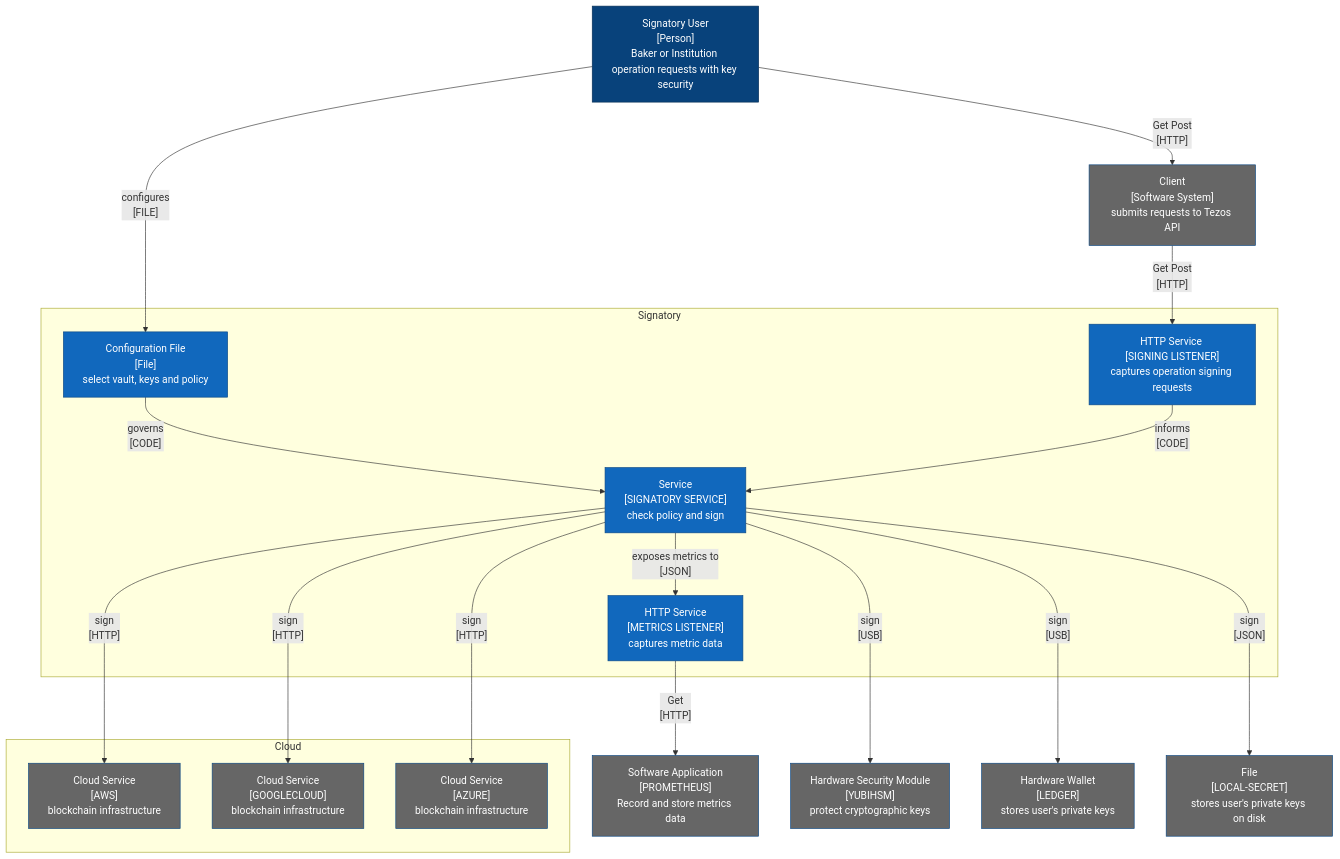
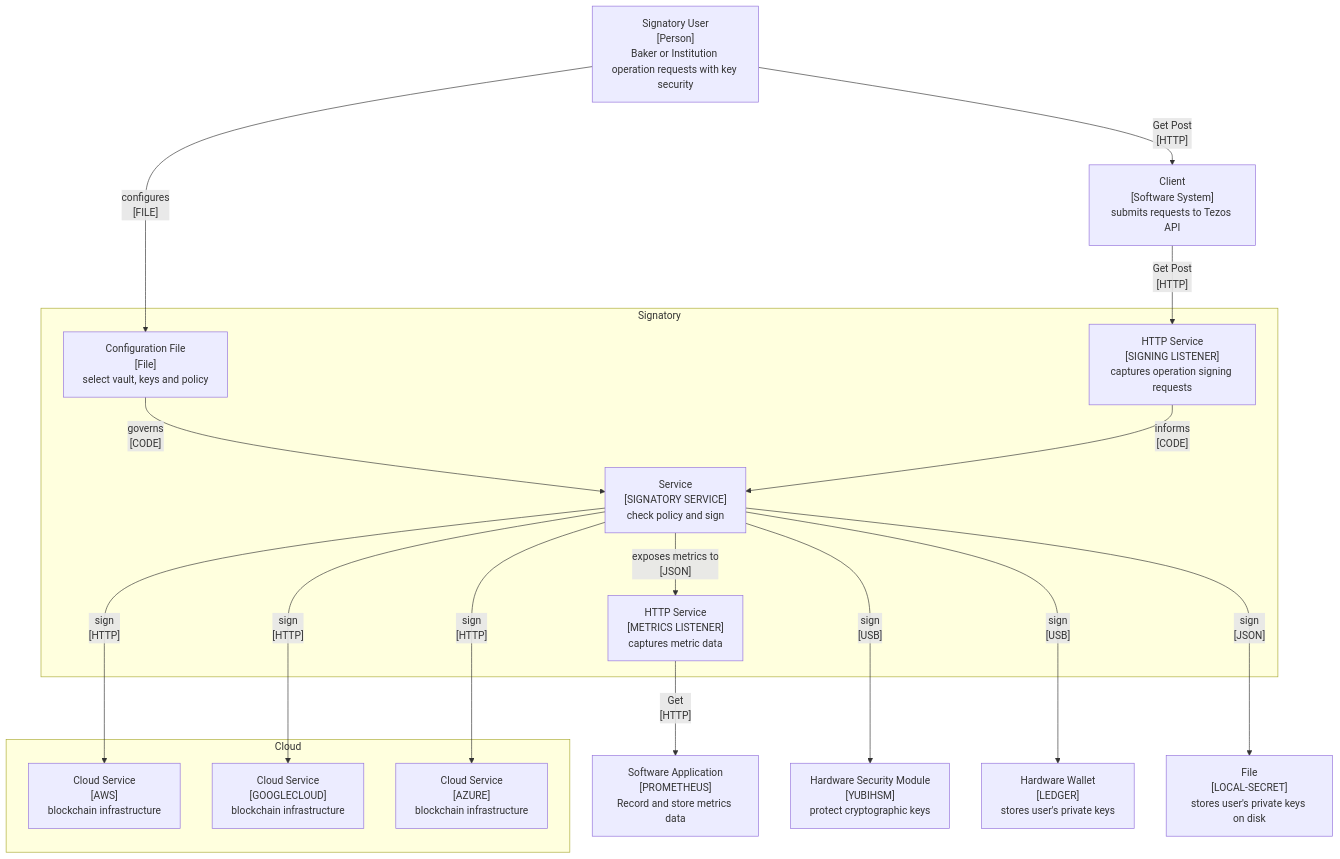
The second of 5 diagrams in docs/signatory-architecture.md (ecadlabs/signatory), drawn with Mermaid before and after one commit. The commit also changed other lines of this file and 7 other files, not shown here.

First line of the commit message:
feat: Upgrade Docusaurus to v3.8.1 and fix Mermaid compatibility

````diff
--- a/docs/signatory-architecture.md
+++ b/docs/signatory-architecture.md
@@ -54,56 +40,30 @@
 ```mermaid
 flowchart TD
-User["Signatory User
-[Person]
-Baker or Institution operation requests with key security"]
+User["Signatory User<br>[Person]<br>Baker or Institution operation requests with key security"]
 
-CFG["Configuration File
-[File]
-select vault, keys and policy"]
+CFG["Configuration File<br>[File]<br>select vault, keys and policy"]
 
-OC["Client
-[Software System]
-submits requests to Tezos API"]
+OC["Client<br>[Software System]<br>submits requests to Tezos API"]
 
-P["Software Application
-[PROMETHEUS]
-Record and store metrics data"]
+P["Software Application<br>[PROMETHEUS]<br>Record and store metrics data"]
 
-SL["HTTP Service 
-[SIGNING LISTENER]
-captures operation signing requests"]
+SL["HTTP Service<br>[SIGNING LISTENER]<br>captures operation signing requests"]
 
-ML["HTTP Service 
-[METRICS LISTENER]
-captures metric data"]
+ML["HTTP Service<br>[METRICS LISTENER]<br>captures metric data"]
 
-SIG["Service 
-[SIGNATORY SERVICE]
-check policy and sign"]
+SIG["Service<br>[SIGNATORY SERVICE]<br>check policy and sign"]
 
-Y["Hardware Security Module
-[YUBIHSM]
-protect cryptographic keys"]
+Y["Hardware Security Module<br>[YUBIHSM]<br>protect cryptographic keys"]
 
-L["Hardware Wallet
-[LEDGER]
-stores user's private keys"]
+L["Hardware Wallet<br>[LEDGER]<br>stores user's private keys"]
 
-LS["File
-[LOCAL-SECRET]
-stores user's private keys on disk"]
+LS["File<br>[LOCAL-SECRET]<br>stores user's private keys on disk"]
 
-AWS["Cloud Service 
-[AWS]
-blockchain infrastructure"]
+AWS["Cloud Service<br>[AWS]<br>blockchain infrastructure"]
 
-G["Cloud Service
-[GOOGLECLOUD]
-blockchain infrastructure"]
+G["Cloud Service<br>[GOOGLECLOUD]<br>blockchain infrastructure"]
 
-A["Cloud Service
-[AZURE]
-blockchain infrastructure"]
+A["Cloud Service<br>[AZURE]<br>blockchain infrastructure"]
 
 
 User-- "Get Post <br>[HTTP]"-->OC
@@ -128,12 +88,6 @@
 end
 
 
-classDef container fill:#1168bd,stroke:#0b4884,color:#ffffff
-classDef person fill:#08427b,stroke:#052e56,color:#ffffff
-classDef supportingSystem fill:#666,stroke:#0b4884,color:#ffffff
-classDef cloud fill:#089319,stroke:#089319,color:#ffffff
-class User person
-class SIG,POL,SL,ML,CFG container
-class C cloud
-class P,AWS,G,A,L,LS,Y,T,OC supportingSystem
+
+
 ```
````
